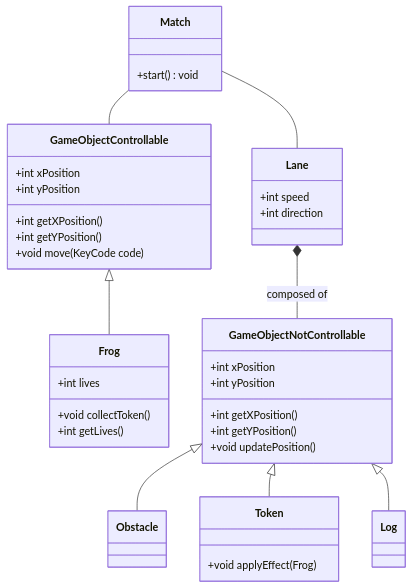
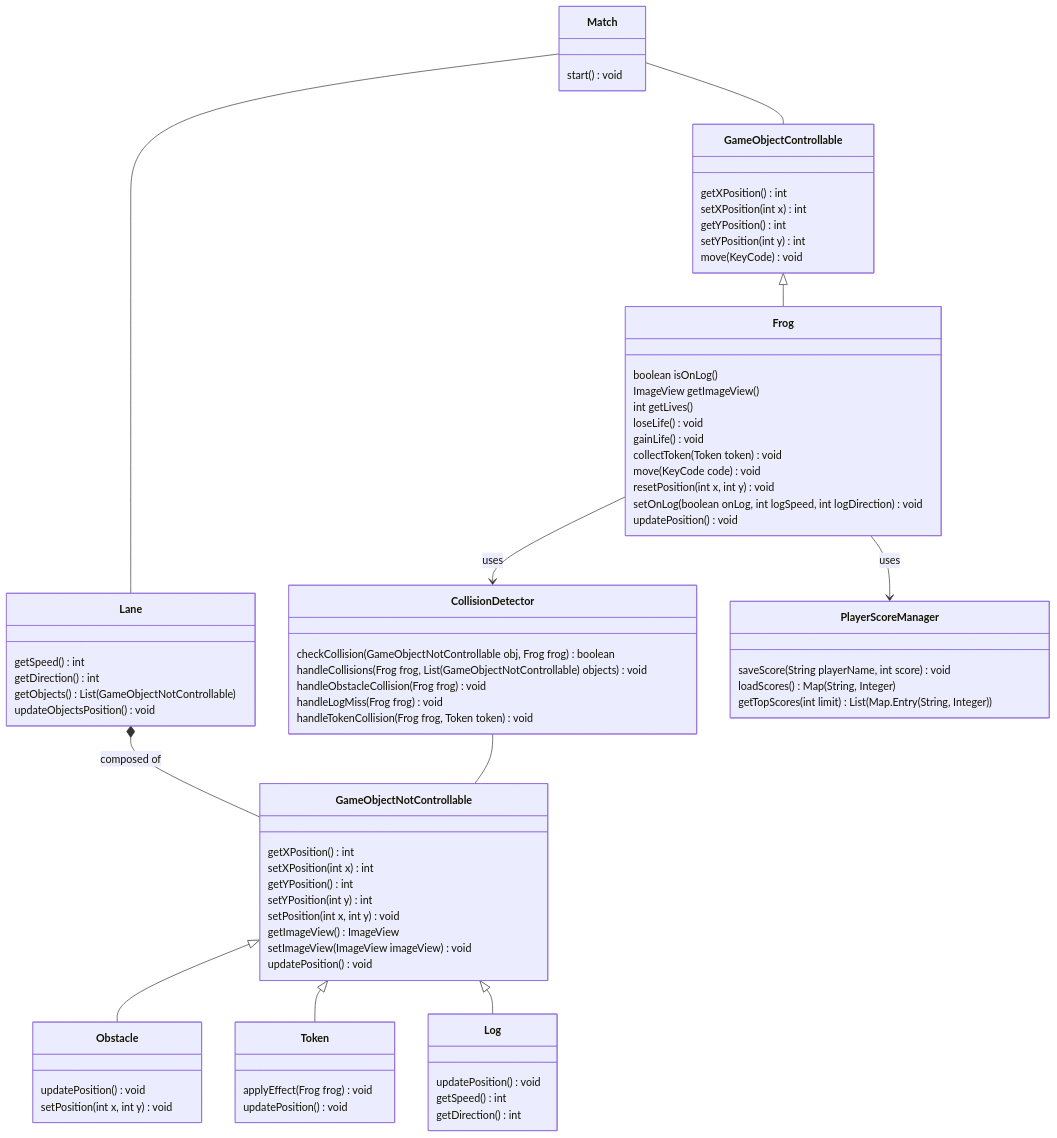
Before and after one commit to giuliavanni/frogger: the first of 4 diagrams in README.md, drawn with Mermaid. The commit also changed other lines of this file, not shown here.

Commit message:
UPDATE refine README documentation for clarity and accuracy

````diff
--- a/README.md
+++ b/README.md
@@ -51,44 +51,76 @@
 ```mermaid
 classDiagram
     class Match {
-        +start() void
+        start() void
     }
     class GameObjectControllable  {
-        +int xPosition
-        +int yPosition
-        +int getXPosition()
-        +int getYPosition()
-        +void move(KeyCode code)
+        getXPosition() int
+        setXPosition(int x) int
+        getYPosition() int
+        setYPosition(int y) int
+        move(KeyCode) void
     }
     class Frog {
-        +int lives
-        +void collectToken()
-        +int getLives()
+        boolean isOnLog()
+        ImageView getImageView()
+        int getLives()
+        loseLife() void
+        gainLife() void
+        collectToken(Token token) void
+        move(KeyCode code) void
+        resetPosition(int x, int y) void
+        setOnLog(boolean onLog, int logSpeed, int logDirection) void
+        updatePosition() void
     }
     class Lane {
-        +int speed
-        +int direction
+        getSpeed() int
+        getDirection() int
+        getObjects() : List (GameObjectNotControllable)
+        updateObjectsPosition() void
     }
     class GameObjectNotControllable{
-        +int xPosition
-        +int yPosition
-        +int getXPosition()
-        +int getYPosition()
-        +void updatePosition()
+        getXPosition() int
+        setXPosition(int x) int
+        getYPosition() int
+        setYPosition(int y) int
+        setPosition(int x, int y) void
+        getImageView() ImageView
+        setImageView(ImageView imageView) void
+        updatePosition() void
     }
     class Obstacle {
+        updatePosition() void
+        setPosition(int x, int y) void
     }
     class Log {
+        updatePosition() void
+        getSpeed() int
+        getDirection() int
     }
     class Token {
-        +void applyEffect(Frog)
+        applyEffect(Frog frog) void
+        updatePosition() void
+    }
+    class CollisionDetector {
+        checkCollision(GameObjectNotControllable obj, Frog frog) boolean
+        handleCollisions(Frog frog, List(GameObjectNotControllable) objects) void
+        handleObstacleCollision(Frog frog) void
+        handleLogMiss(Frog frog) void
+        handleTokenCollision(Frog frog, Token token) void
+    }
+    class PlayerScoreManager {
+        saveScore(String playerName, int score) void
+        loadScores() : Map(String, Integer)
+        getTopScores(int limit) : List(Map.Entry(String, Integer))
     }
     Match -- GameObjectControllable
     Match -- Lane
     GameObjectNotControllable <|-- Obstacle
     GameObjectNotControllable <|-- Token
     GameObjectNotControllable <|-- Log
     GameObjectControllable <|-- Frog
     Lane *-- GameObjectNotControllable : composed of
-
+    Frog --> CollisionDetector : uses
+    CollisionDetector -- GameObjectNotControllable
+    Frog --> PlayerScoreManager : uses
 ```
````
